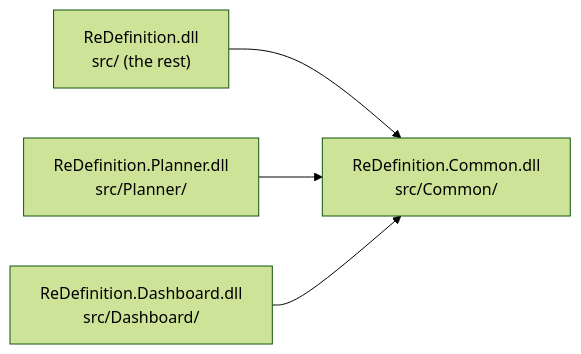
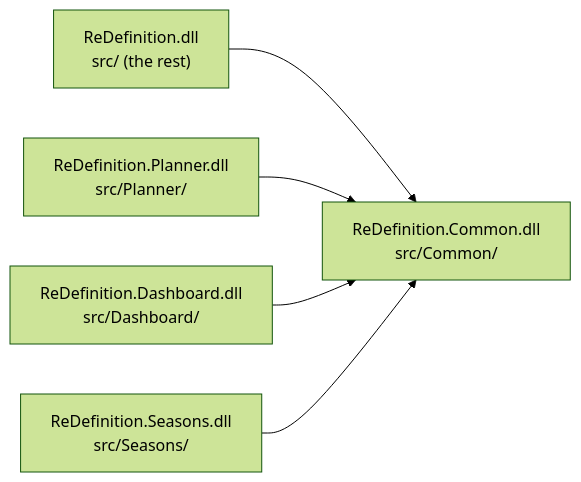
One commit to CaptainKeyboard/ReDefinition changed the second of 3 diagrams in docs/development/architecture.md. Above: the diagram before and after it, drawn with Mermaid (forest theme). The commit also changed other lines of this file and 25 other files, not shown here.

First line of the commit message:
feat(seasons): ReDefinition Seasons is a mod of its own with the season clock, the snow mask and its settings

````diff
--- a/docs/development/architecture.md
+++ b/docs/development/architecture.md
@@ -77,6 +78,7 @@
 ```mermaid
 flowchart LR
     main["ReDefinition.dll<br/>src/ (the rest)"] --> common["ReDefinition.Common.dll<br/>src/Common/"]
     planner["ReDefinition.Planner.dll<br/>src/Planner/"] --> common
     dashboard["ReDefinition.Dashboard.dll<br/>src/Dashboard/"] --> common
+    seasons["ReDefinition.Seasons.dll<br/>src/Seasons/"] --> common
 ```
````
